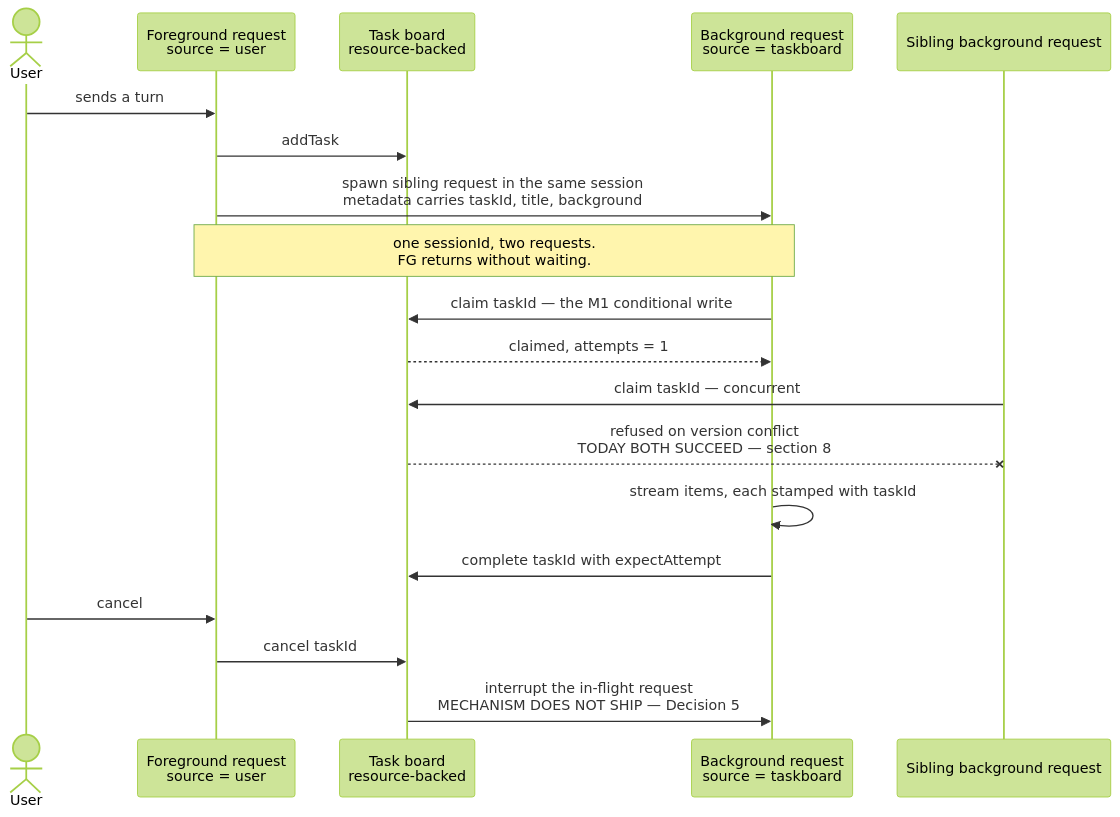
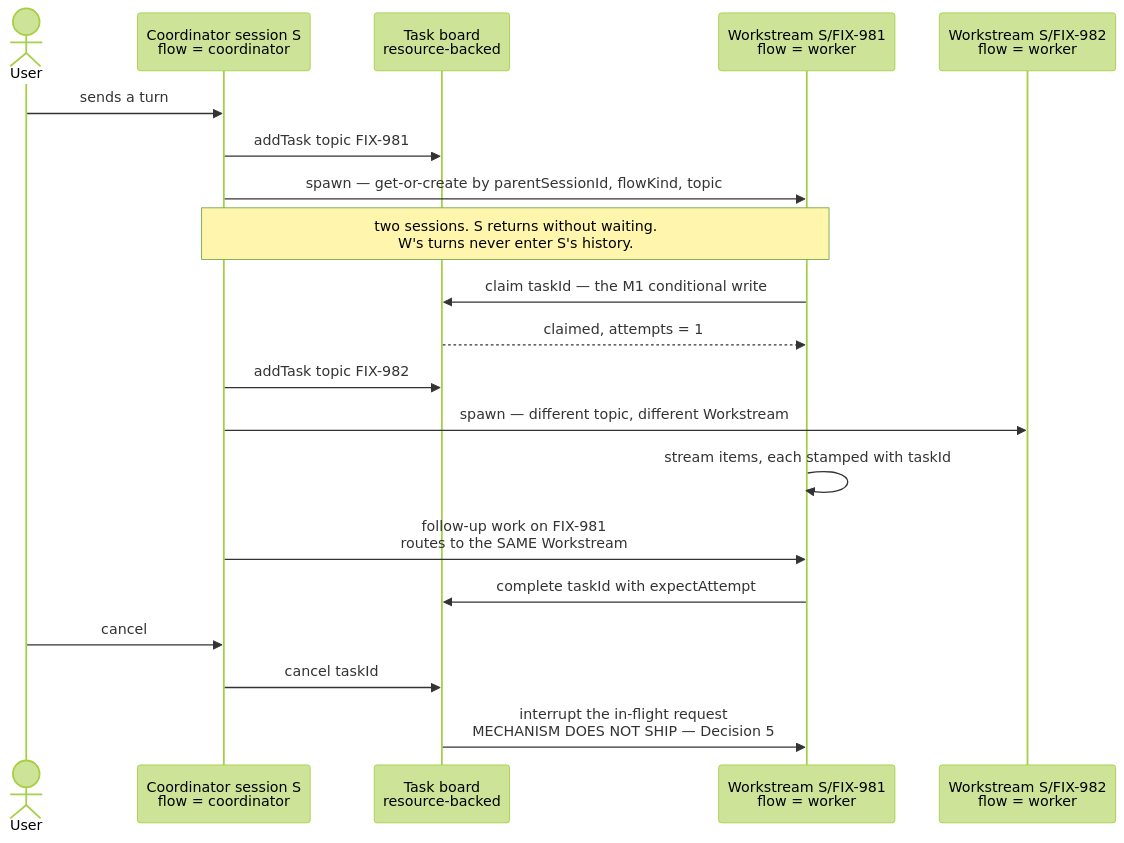
The first of 2 diagrams in docs/specs/_epics/durable-jobs.md (fixpoint-labs/flow-state-dev), drawn with Mermaid (forest theme) before and after one commit. The commit also changed other lines of this file and 3 other files, not shown here.

````diff
--- a/docs/specs/_epics/durable-jobs.md
+++ b/docs/specs/_epics/durable-jobs.md
@@ -33,22 +39,23 @@
 ```mermaid
 sequenceDiagram
   actor U as User
-  participant FG as Foreground request<br/>source = user
+  participant C as Coordinator session S<br/>flow = coordinator
   participant B as Task board<br/>resource-backed
-  participant BG as Background request<br/>source = taskboard
-  participant BG2 as Sibling background request
+  participant W as Workstream S/FIX-981<br/>flow = worker
+  participant W2 as Workstream S/FIX-982<br/>flow = worker
 
-  U->>FG: sends a turn
-  FG->>B: addTask
-  FG->>BG: spawn sibling request in the same session<br/>metadata carries taskId, title, background
-  Note over FG,BG: one sessionId, two requests.<br/>FG returns without waiting.
-  BG->>B: claim taskId — the M1 conditional write
-  B-->>BG: claimed, attempts = 1
-  BG2->>B: claim taskId — concurrent
-  B--xBG2: refused on version conflict<br/>TODAY BOTH SUCCEED — section 8
-  BG->>BG: stream items, each stamped with taskId
-  BG->>B: complete taskId with expectAttempt
-  U->>FG: cancel
-  FG->>B: cancel taskId
-  B->>BG: interrupt the in-flight request<br/>MECHANISM DOES NOT SHIP — Decision 5
+  U->>C: sends a turn
+  C->>B: addTask topic FIX-981
+  C->>W: spawn — get-or-create by parentSessionId, flowKind, topic
+  Note over C,W: two sessions. S returns without waiting.<br/>W's turns never enter S's history.
+  W->>B: claim taskId — the M1 conditional write
+  B-->>W: claimed, attempts = 1
+  C->>B: addTask topic FIX-982
+  C->>W2: spawn — different topic, different Workstream
+  W->>W: stream items, each stamped with taskId
+  C->>W: follow-up work on FIX-981<br/>routes to the SAME Workstream
+  W->>B: complete taskId with expectAttempt
+  U->>C: cancel
+  C->>B: cancel taskId
+  B->>W: interrupt the in-flight request<br/>MECHANISM DOES NOT SHIP — Decision 5
 ```
````
